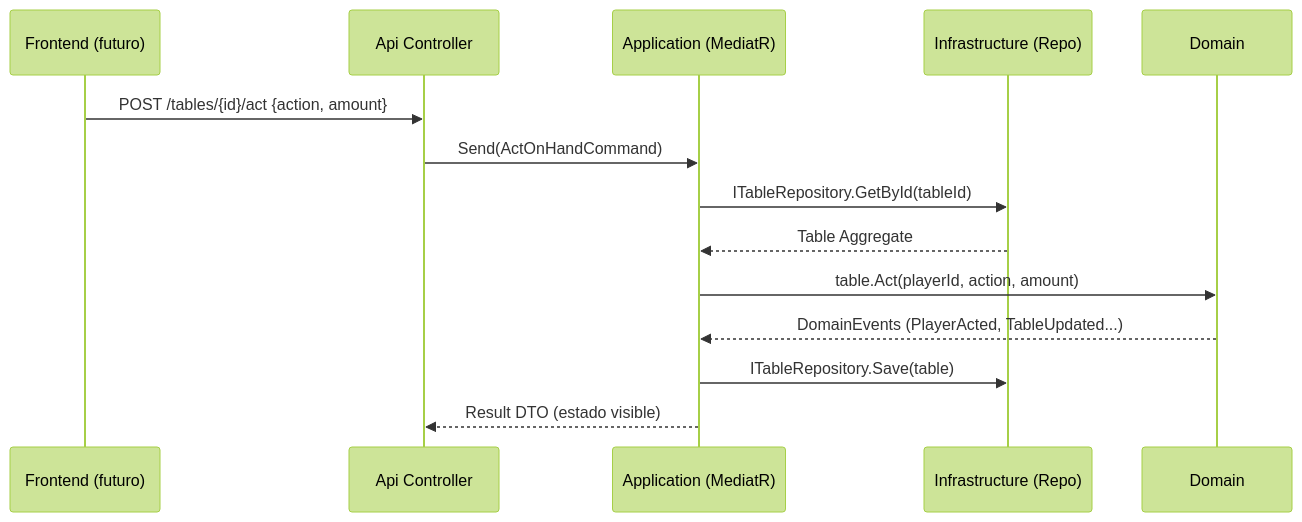
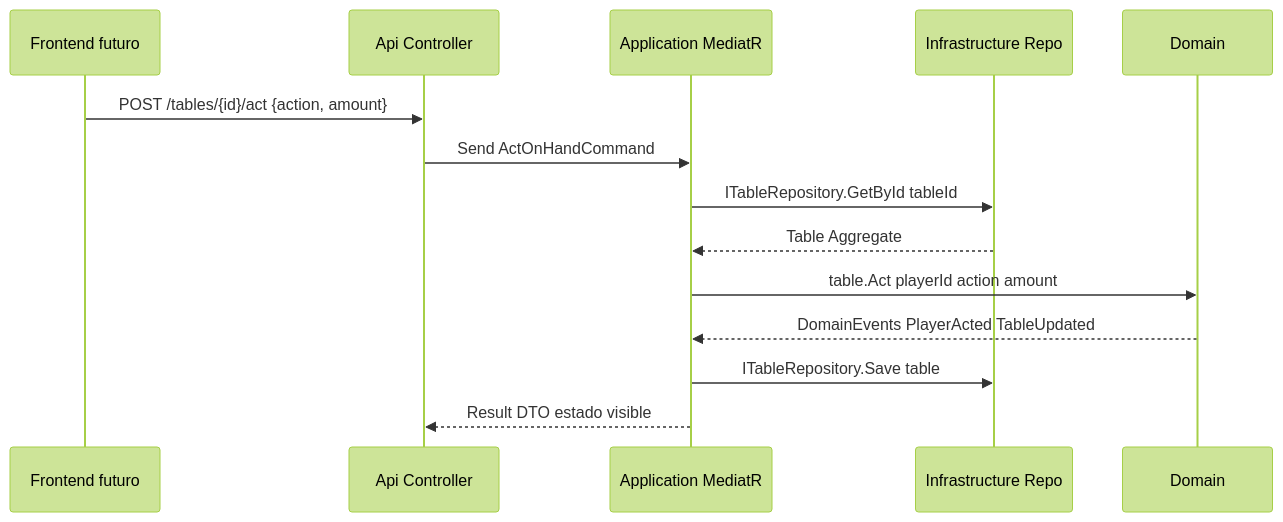
Before and after one commit to MarcSastreViB/pocker: the second of 6 diagrams in ROADMAP.md, drawn with Mermaid (forest theme). The commit also changed other lines of this file, not shown here.

First line of the commit message:
Actualizar ROADMAP con revisiones y detalles adicionales

````diff
--- a/ROADMAP.md
+++ b/ROADMAP.md
@@ -222,17 +257,17 @@
 ```mermaid
 sequenceDiagram
-  participant UI as Frontend (futuro)
+  participant UI as Frontend futuro
   participant API as Api Controller
-  participant APP as Application (MediatR)
-  participant INF as Infrastructure (Repo)
+  participant APP as Application MediatR
+  participant INF as Infrastructure Repo
   participant DOM as Domain
 
   UI->>API: POST /tables/{id}/act {action, amount}
-  API->>APP: Send(ActOnHandCommand)
-  APP->>INF: ITableRepository.GetById(tableId)
+  API->>APP: Send ActOnHandCommand
+  APP->>INF: ITableRepository.GetById tableId
   INF-->>APP: Table Aggregate
-  APP->>DOM: table.Act(playerId, action, amount)
-  DOM-->>APP: DomainEvents (PlayerActed, TableUpdated...)
-  APP->>INF: ITableRepository.Save(table)
-  APP-->>API: Result DTO (estado visible)
+  APP->>DOM: table.Act playerId action amount
+  DOM-->>APP: DomainEvents PlayerActed TableUpdated
+  APP->>INF: ITableRepository.Save table
+  APP-->>API: Result DTO estado visible
 ```
````
